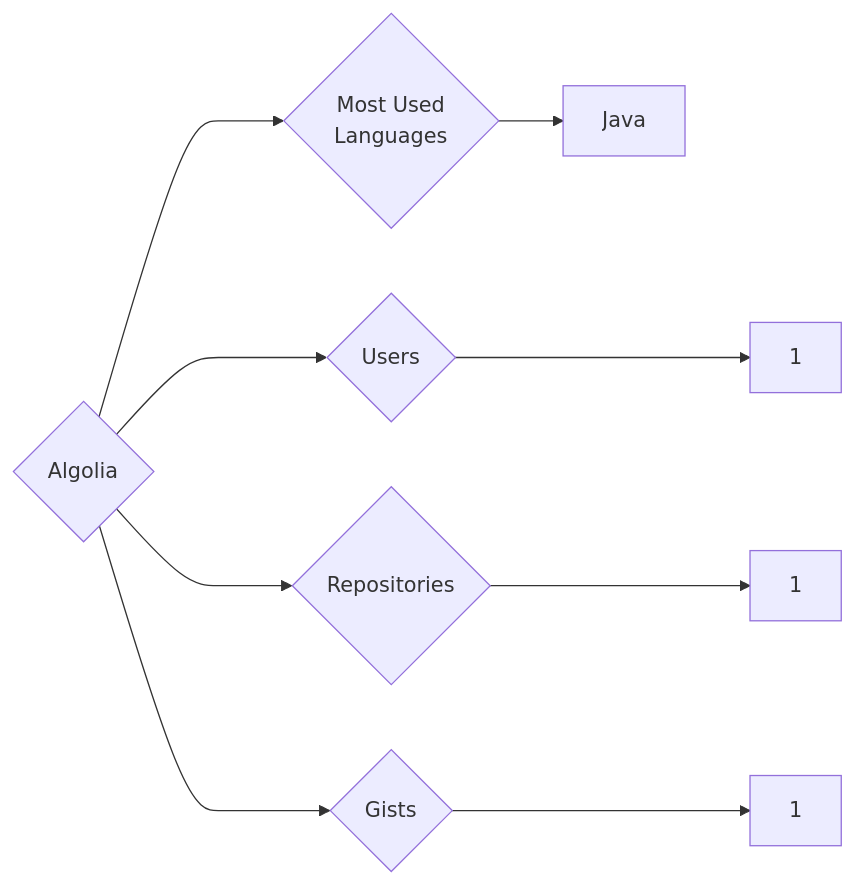
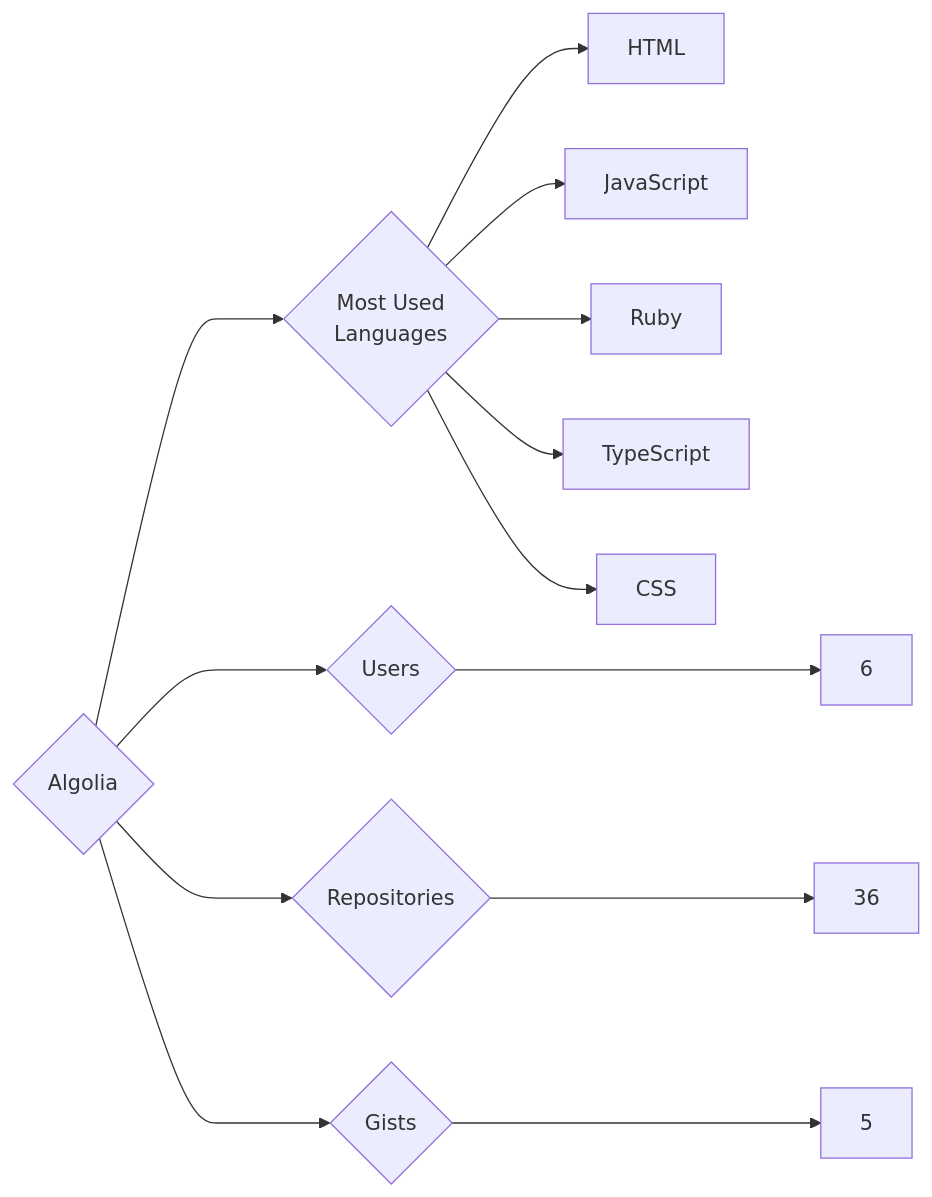
One commit to trickest/insiders changed the diagram in targets/Algolia/README.md. Above: the diagram before and after it, drawn with Mermaid. The commit also changed 859 other files, not shown here.

````diff
--- a/targets/Algolia/README.md
+++ b/targets/Algolia/README.md
@@ -3,9 +3,13 @@
 ```mermaid
 graph LR
 COMPANY_NAME{Algolia}
-COMPANY_NAME ---> U{Users} ---> UN[1]
-COMPANY_NAME ---> R{Repositories} ---> RN[1]
-COMPANY_NAME ---> G{Gists} ---> GN[1]
+COMPANY_NAME ---> U{Users} ---> UN[6]
+COMPANY_NAME ---> R{Repositories} ---> RN[36]
+COMPANY_NAME ---> G{Gists} ---> GN[5]
 COMPANY_NAME ---> ML{Most Used<br>Languages}
-ML --> Java[Java]
+ML --> HTML[HTML]
+ML --> JavaScript[JavaScript]
+ML --> Ruby[Ruby]
+ML --> TypeScript[TypeScript]
+ML --> CSS[CSS]
 ```
````
